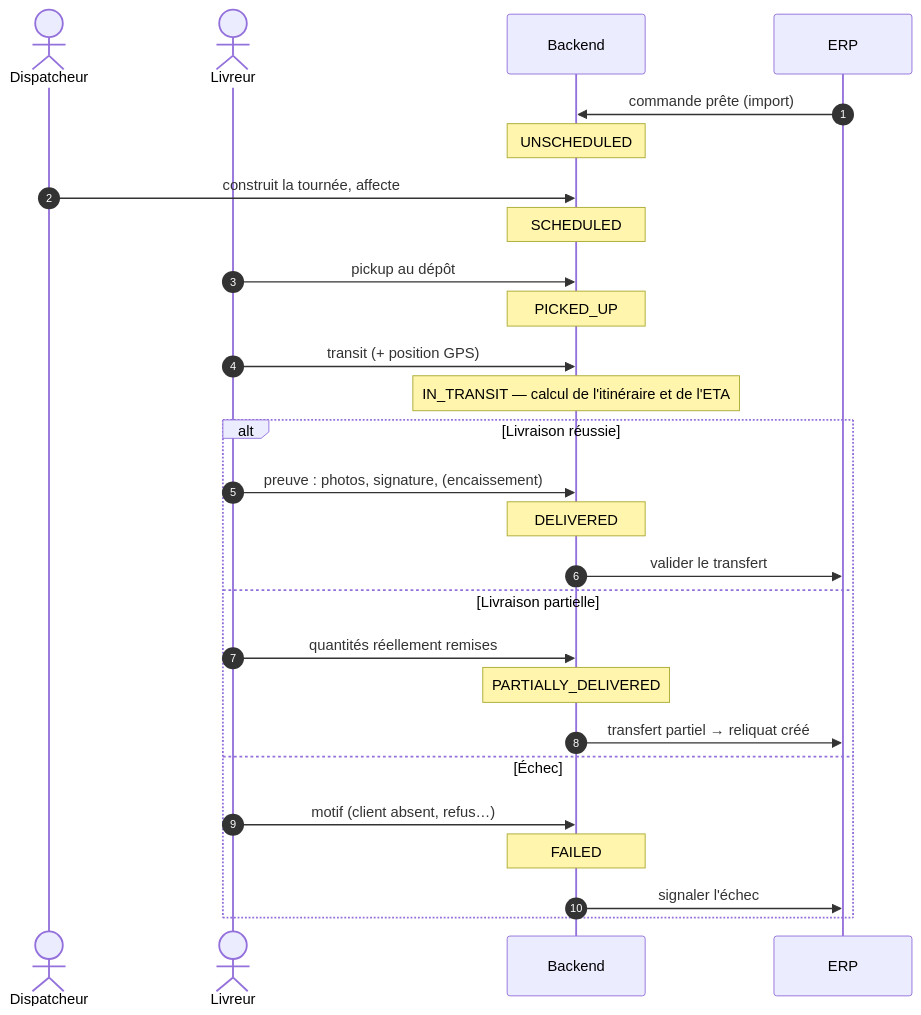
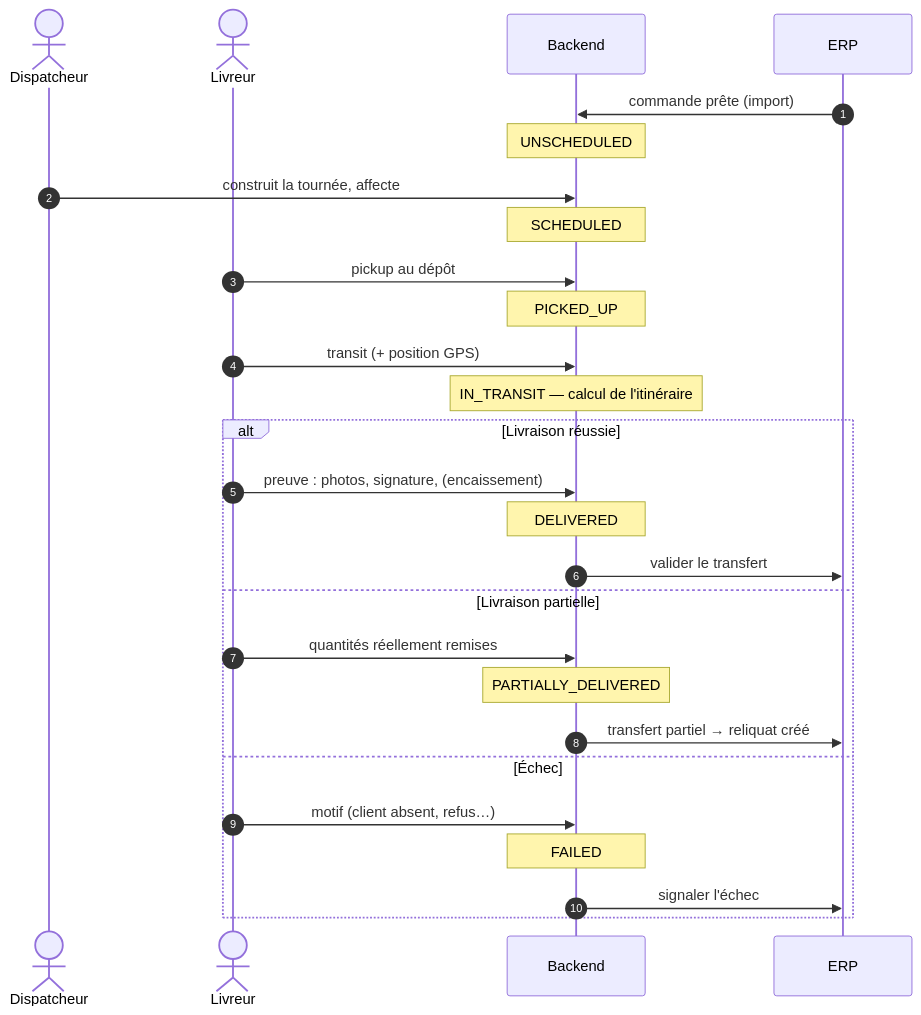
One commit to Moaziz667/asm-track changed the second of 5 diagrams in docs/metier/livraison.md. Above: the diagram before and after it, drawn with Mermaid. The commit also changed other lines of this file and 15 other files, not shown here.

````diff
--- a/docs/metier/livraison.md
+++ b/docs/metier/livraison.md
@@ -61,30 +65,30 @@
 ```mermaid
 sequenceDiagram
     autonumber
     actor D as Dispatcheur
     actor L as Livreur
     participant API as Backend
     participant E as ERP
 
     E->>API: commande prête (import)
     Note over API: UNSCHEDULED
     D->>API: construit la tournée, affecte
     Note over API: SCHEDULED
     L->>API: pickup au dépôt
     Note over API: PICKED_UP
     L->>API: transit (+ position GPS)
-    Note over API: IN_TRANSIT — calcul de l'itinéraire et de l'ETA
+    Note over API: IN_TRANSIT — calcul de l'itinéraire
     alt Livraison réussie
         L->>API: preuve : photos, signature, (encaissement)
         Note over API: DELIVERED
         API->>E: valider le transfert
     else Livraison partielle
         L->>API: quantités réellement remises
         Note over API: PARTIALLY_DELIVERED
         API->>E: transfert partiel → reliquat créé
     else Échec
         L->>API: motif (client absent, refus…)
         Note over API: FAILED
         API->>E: signaler l'échec
     end
 ```
````
